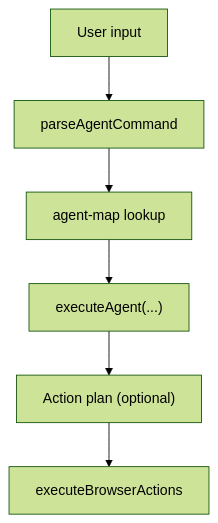
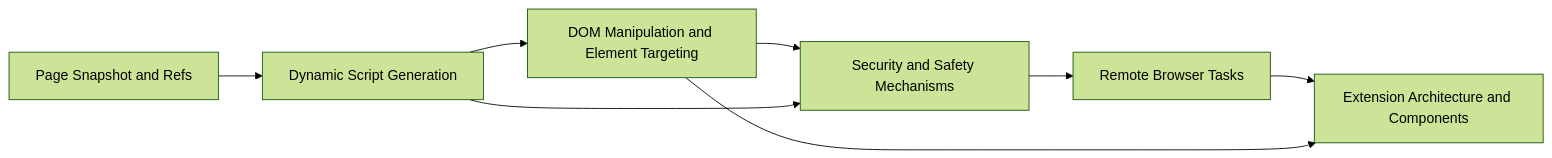
The fourth of 4 diagrams in src/data/docs/agentic-browser/Browser Automation/Browser Automation.md (tashifkhan/tashif.codes), drawn with Mermaid (forest theme) before and after one commit. The commit also changed other lines of this file and 114 other files, not shown here.

````diff
--- a/src/data/docs/agentic-browser/Browser Automation/Browser Automation.md
+++ b/src/data/docs/agentic-browser/Browser Automation/Browser Automation.md
@@ -164,8 +145,10 @@
 ```mermaid
-flowchart TD
-Input["User input"] --> Parse["parseAgentCommand"]
-Parse --> Map["agent-map lookup"]
-Map --> Exec["executeAgent(...)"]
-Exec --> Plan["Action plan (optional)"]
-Plan --> Run["executeBrowserActions"]
+graph LR
+  Snap["Page Snapshot and Refs"] --> Plan["Dynamic Script Generation"]
+  Plan --> Exec["DOM Manipulation and Element Targeting"]
+  Exec --> Guard["Security and Safety Mechanisms"]
+  Plan --> Guard
+  Guard --> Remote["Remote Browser Tasks"]
+  Remote --> Ext["Extension Architecture and Components"]
+  Exec --> Ext
 ```
````
